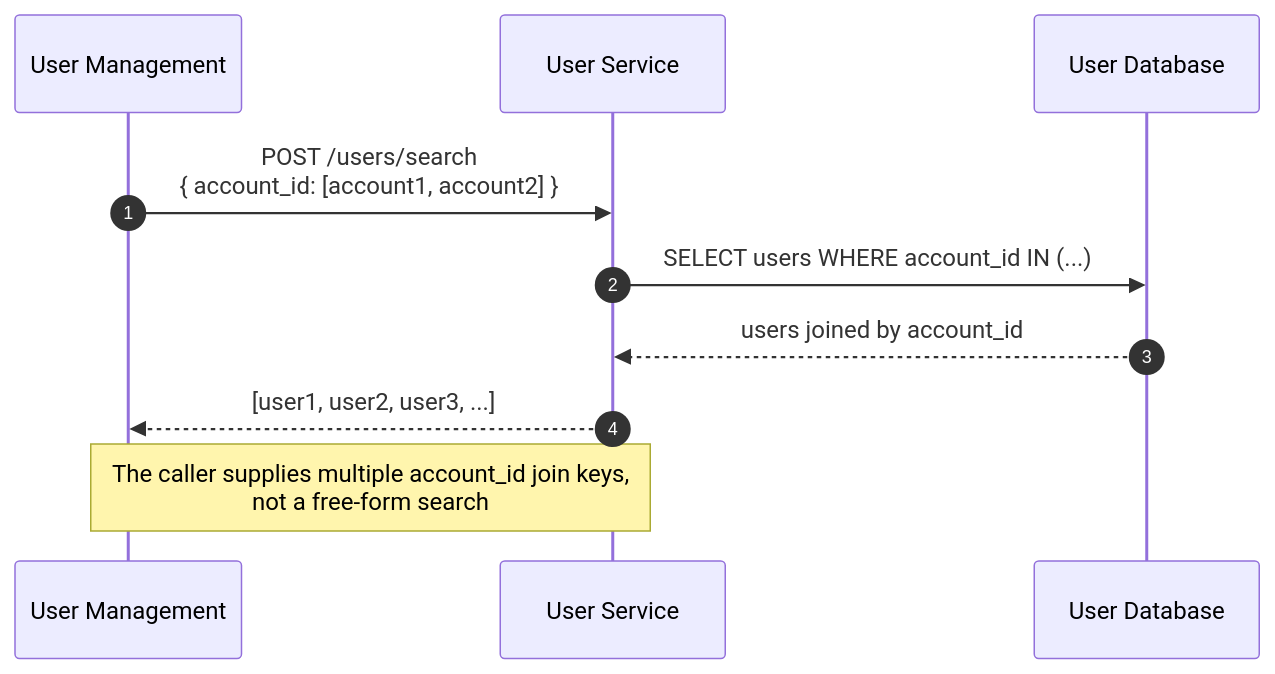
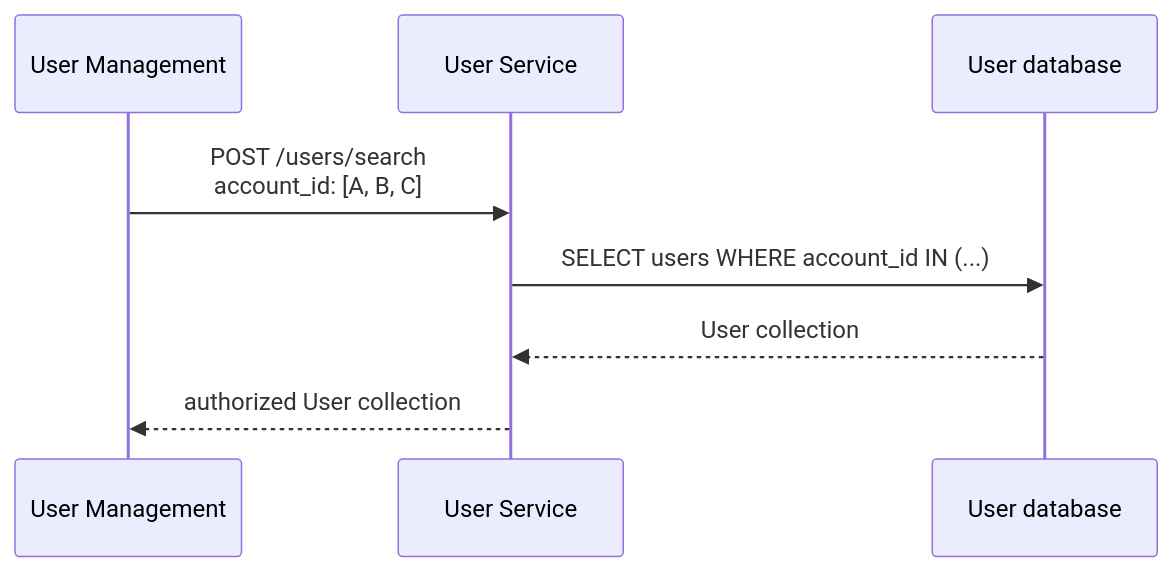
One commit to meleneth/whirred-io changed the second of 2 diagrams in docs/articles/series/IAM-System-Demo/graphql-auth-explosion-part-2-multiple-object-retrieval.md. Above: the diagram before and after it, drawn with Mermaid. The commit also changed other lines of this file and 23 other files, not shown here.

````diff
--- a/docs/articles/series/IAM-System-Demo/graphql-auth-explosion-part-2-multiple-object-retrieval.md
+++ b/docs/articles/series/IAM-System-Demo/graphql-auth-explosion-part-2-multiple-object-retrieval.md
@@ -61,14 +40,11 @@
 ```mermaid
 sequenceDiagram
-  autonumber
-  participant UM as User Management
-  participant US as User Service
-  participant DB as User Database
+  participant UI as User Management
+  participant User as User Service
+  participant DB as User database
 
-  UM->>US: POST /users/search<br/>{ account_id: [account1, account2] }
-  US->>DB: SELECT users WHERE account_id IN (...)
-  DB-->>US: users joined by account_id
-  US-->>UM: [user1, user2, user3, ...]
-
-  Note over UM,US: The caller supplies multiple account_id join keys,<br/>not a free-form search
+  UI->>User: POST /users/search<br/>account_id: [A, B, C]
+  User->>DB: SELECT users WHERE account_id IN (...)
+  DB-->>User: User collection
+  User-->>UI: authorized User collection
 ```
````
